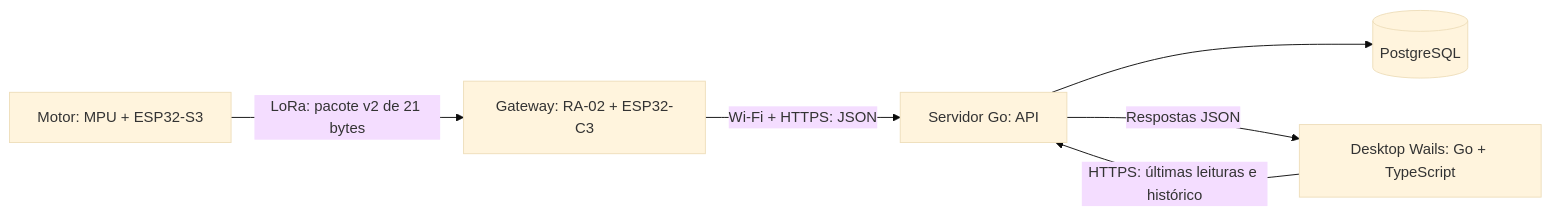
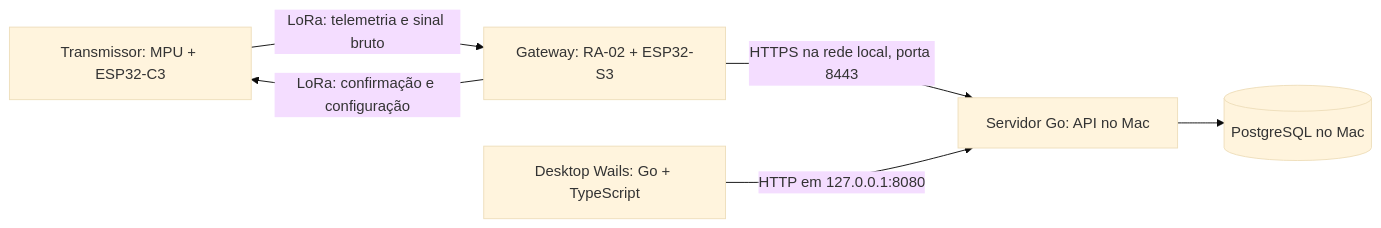
One commit to LauanMath/kaelix-industrial-intelligence changed the diagram in docs/arquitetura-desktop-internet.md. Above: the diagram before and after it, drawn with Mermaid (base theme). The commit also changed other lines of this file and 3 other files, not shown here.

Commit message:
docs: describe field command and collection, the gateway TLS listener and the macOS service

````diff
--- a/docs/arquitetura-desktop-internet.md
+++ b/docs/arquitetura-desktop-internet.md
@@ -10,8 +14,8 @@
 ```mermaid
 flowchart LR
-    M[Motor: MPU + ESP32-S3] -->|LoRa: pacote v2 de 21 bytes| G[Gateway: RA-02 + ESP32-C3]
-    G -->|Wi-Fi + HTTPS: JSON| A[Servidor Go: API]
-    A --> B[(PostgreSQL)]
-    D[Desktop Wails: Go + TypeScript] -->|HTTPS: últimas leituras e histórico| A
-    A -->|Respostas JSON| D
+    T[Transmissor: MPU + ESP32-C3] -->|LoRa: telemetria e sinal bruto| G[Gateway: RA-02 + ESP32-S3]
+    G -->|LoRa: confirmação e configuração| T
+    G -->|HTTPS na rede local, porta 8443| A[Servidor Go: API no Mac]
+    A --> B[(PostgreSQL no Mac)]
+    D[Desktop Wails: Go + TypeScript] -->|HTTP em 127.0.0.1:8080| A
 ```
````
